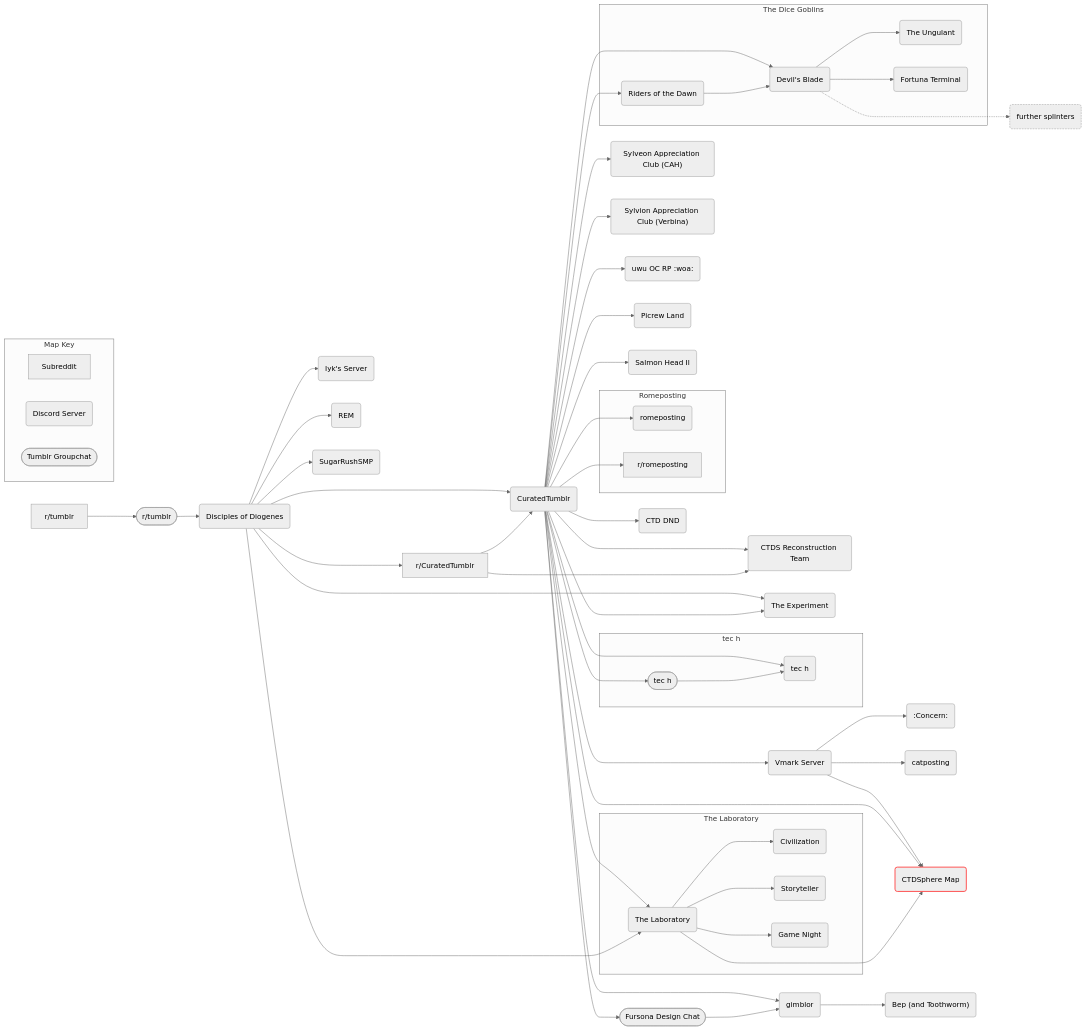
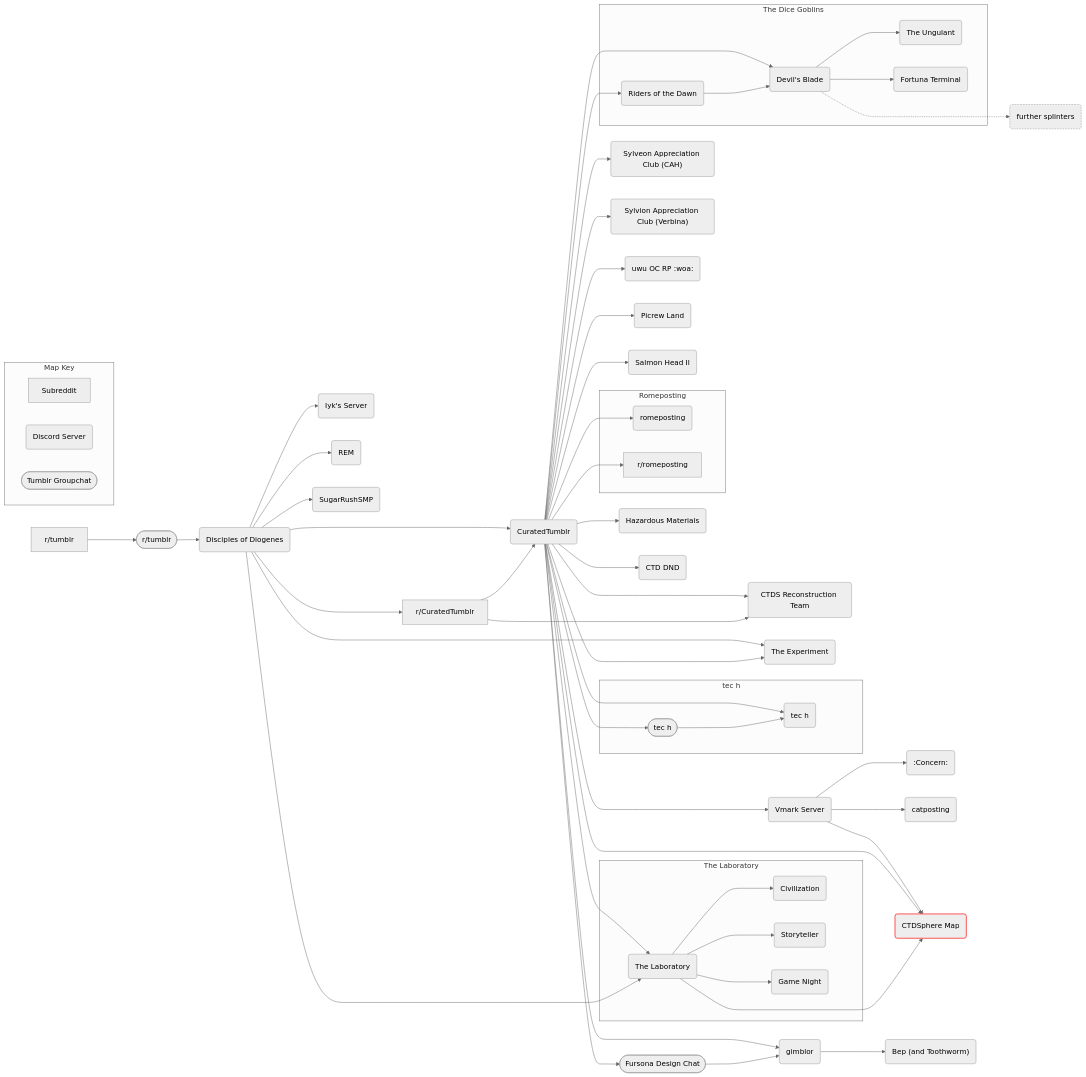
The diagram in Map.md (AnGenericAccount/CTDSphere-Map), drawn with Mermaid (neutral theme) before and after one commit.

Commit message:
Added Hazardous Materials

````diff
--- a/Map.md
+++ b/Map.md
@@ -1,65 +1,66 @@
 ```mermaid
 flowchart LR
     tumblr[r/tumblr]-->groupchat([r/tumblr])
     groupchat-->DoD(Disciples of Diogenes)
     DoD--->subreddit[r/CuratedTumblr]
     DoD-->CTDS(CuratedTumblr)
     subreddit-->CTDS
     DoD-->Iyk(Iyk's Server)
     DoD-->REM(REM)
     DoD-->Sugar(SugarRushSMP)
     CTDS--->reconstruction(CTDS Reconstruction Team)
     subreddit-->reconstruction
     CTDS-->lab(The Laboratory)
     DoD-->lab
     subgraph Laboratory [The Laboratory]
         lab-->Civilization(Civilization)
         lab-->Storyteller(Storyteller)
         lab-->Game(Game Night)
     end
     DoD-->Experiment(The Experiment)
     CTDS--->Experiment
     CTDS-->CAH("Sylveon Appreciation Club (CAH)")
     CTDS-->Verbina("Sylvion Appreciation Club (Verbina)")
     CTDS-->tech(tec h)
     CTDS-->techchat([tec h])
     subgraph tec[tec h]
         techchat-->tech
     end
     CTDS-->RP(uwu OC RP :woa:)
     CTDS-->picrew(Picrew Land)
     CTDS-->salmon(Salmon Head II)
     CTDS-->Vmark(Vmark Server)
     Vmark-->concern(:Concern:)
     Vmark-->catposting(catposting)
     Vmark-->sphere("CTDSphere Map")
     style sphere stroke:#f44,stroke-width:2px
     CTDS-->sphere
     lab--->sphere
     CTDS-->gimblor(gimblor)
     CTDS-->fursona([Fursona Design Chat])
     fursona-->gimblor
     gimblor-->bep("Bep (and Toothworm)")
     subgraph Romeposting
         rome(romeposting)
         romesub[r/romeposting]
     end
     CTDS-->rome
     CTDS-->romesub
+    CTDS-->hazard(Hazardous Materials)
     CTDS-->DND(CTD DND)
     CTDS-->dawn(Riders of the Dawn)
     CTDS-->blade(Devil's Blade)
     subgraph riders[The Dice Goblins]
         dawn-->blade
         blade-->ungulant(The Ungulant)
         blade-->terminal(Fortuna Terminal)   
     end
     blade-..->further(further splinters)
     style further stroke-dasharray:4 2
     subgraph Key [Map Key]
         direction LR
         sub[Subreddit]
         discord(Discord Server)
         chat([Tumblr Groupchat])
     end
 ```
````
